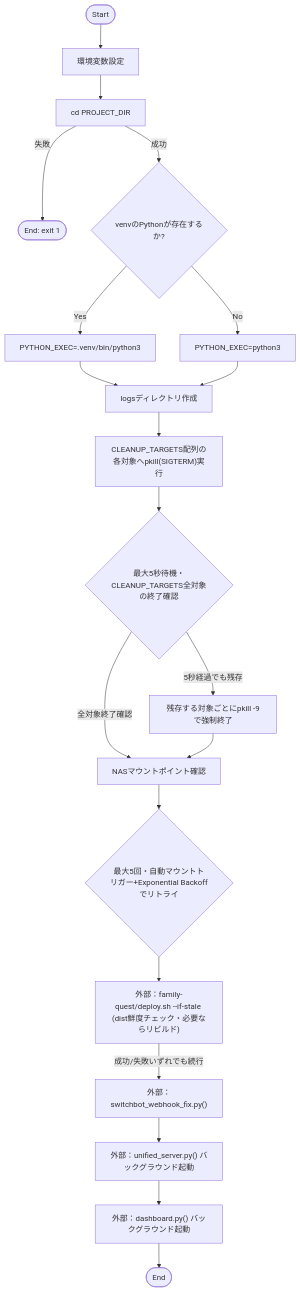
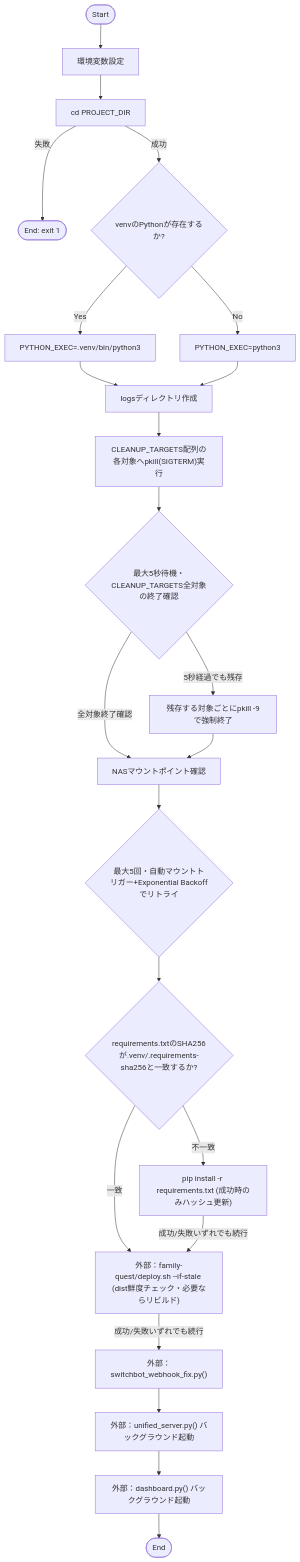
Before and after one commit to mmtigers/my_python_project: the first of 2 diagrams in docs/specifications/MY_HOME_SYSTEM/start_all.md, drawn with Mermaid. The commit also changed other lines of this file and 33 other files, not shown here.

````diff
--- a/docs/specifications/MY_HOME_SYSTEM/start_all.md
+++ b/docs/specifications/MY_HOME_SYSTEM/start_all.md
@@ -167,23 +190,26 @@
 ```mermaid
 flowchart TD
     Start([Start]) --> Env[環境変数設定]
     Env --> CD[cd PROJECT_DIR]
     CD -- 失敗 --> Exit1([End: exit 1])
     CD -- 成功 --> PyCheck{venvのPythonが存在するか?}
     PyCheck -- Yes --> SetVenv["PYTHON_EXEC=.venv/bin/python3"]
     PyCheck -- No --> SetSysPy["PYTHON_EXEC=python3"]
     SetVenv --> MkdirLogs[logsディレクトリ作成]
     SetSysPy --> MkdirLogs
     MkdirLogs --> PkillSoft["CLEANUP_TARGETS配列の各対象へpkill(SIGTERM)実行"]
     PkillSoft --> WaitLoop{最大5秒待機・CLEANUP_TARGETS全対象の終了確認}
     WaitLoop -- "全対象終了確認" --> CheckNAS
     WaitLoop -- "5秒経過でも残存" --> PkillHard["残存する対象ごとにpkill -9で強制終了"]
     PkillHard --> CheckNAS[NASマウントポイント確認]
     CheckNAS --> MountLoop{最大5回・自動マウントトリガー+Exponential Backoffでリトライ}
-    MountLoop --> QuestDeploy["外部：family-quest/deploy.sh --if-stale (dist鮮度チェック・必要ならリビルド)"]
+    MountLoop --> ReqHashCheck{requirements.txtのSHA256が.venv/.requirements-sha256と一致するか?}
+    ReqHashCheck -- 一致 --> QuestDeploy
+    ReqHashCheck -- 不一致 --> PipInstall["pip install -r requirements.txt (成功時のみハッシュ更新)"]
+    PipInstall -- "成功/失敗いずれでも続行" --> QuestDeploy["外部：family-quest/deploy.sh --if-stale (dist鮮度チェック・必要ならリビルド)"]
     QuestDeploy -- "成功/失敗いずれでも続行" --> WebhookFix["外部：switchbot_webhook_fix.py()"]
     WebhookFix --> ServerBoot["外部：unified_server.py() バックグラウンド起動"]
     ServerBoot --> DashboardBoot["外部：dashboard.py() バックグラウンド起動"]
     DashboardBoot --> End([End])
 
 ```
````
